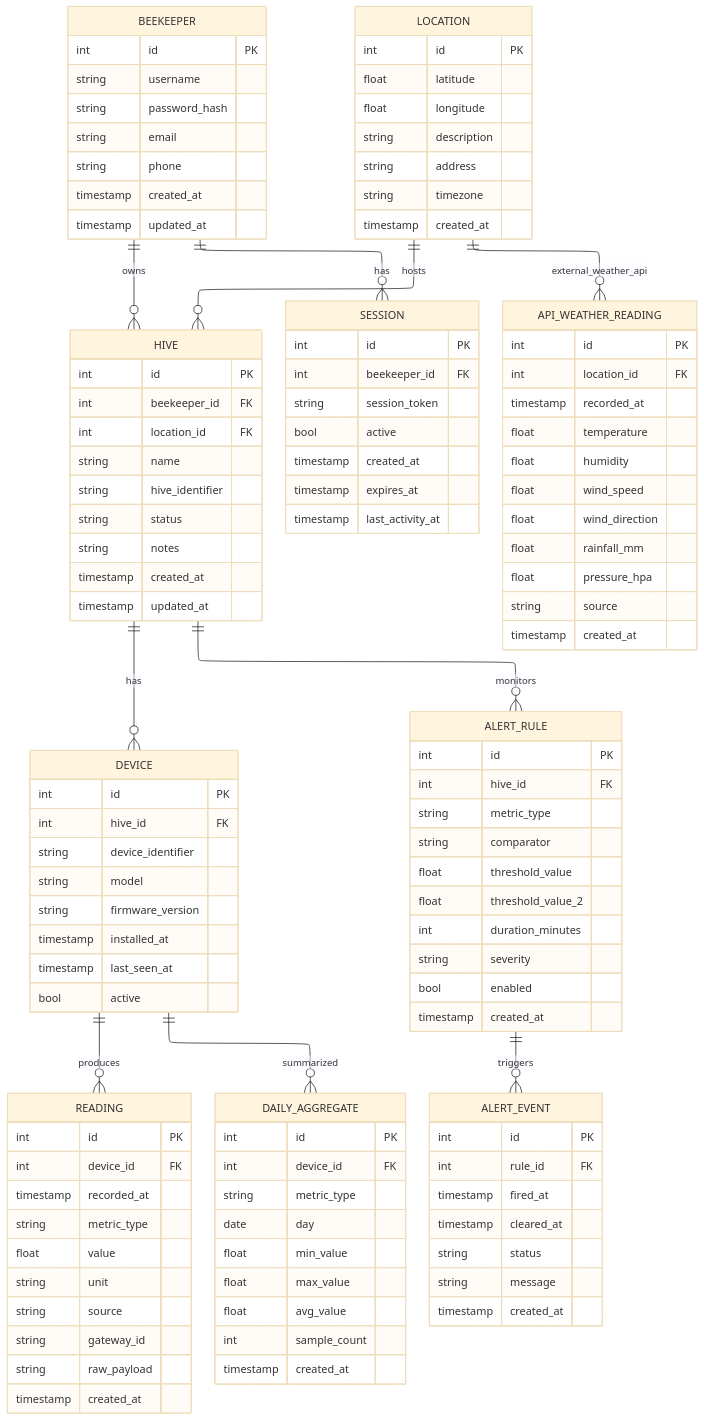
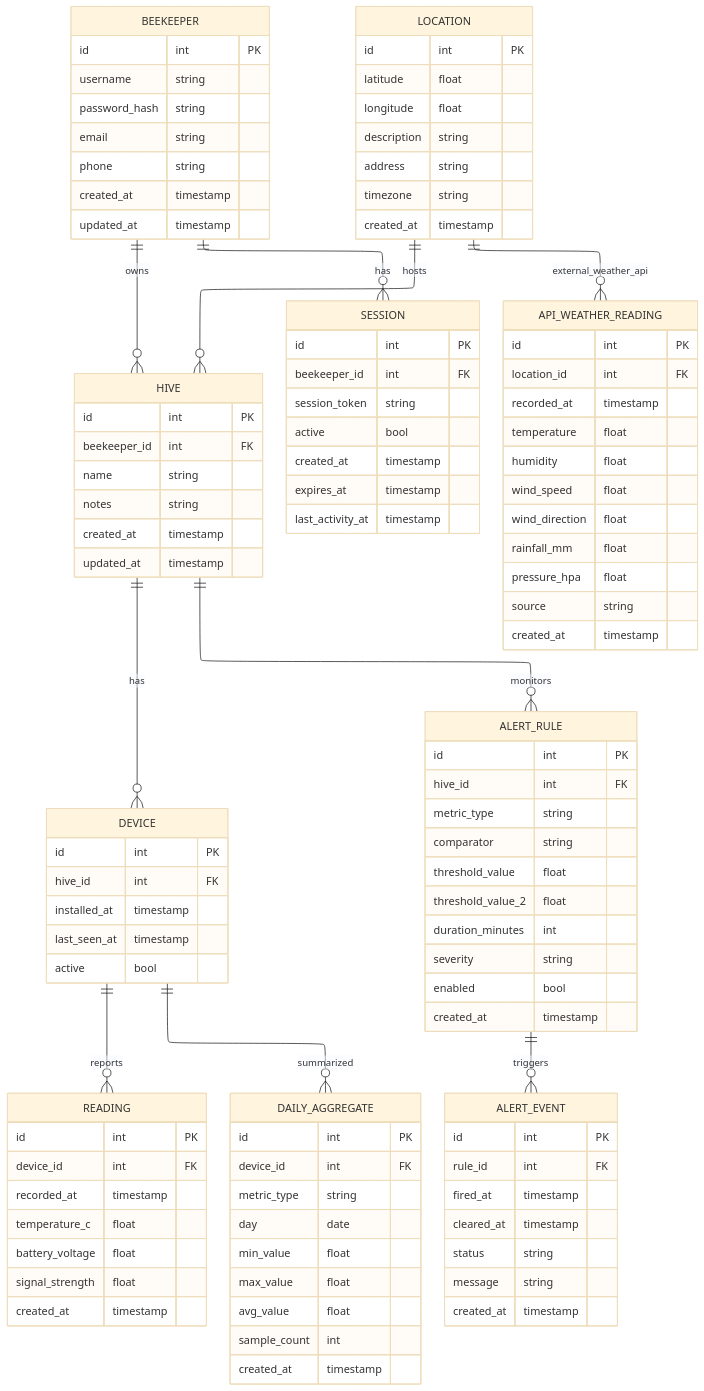
The diagram in backend/docs/asheville_erd_2.mmd (austinjclifton/Asheville), drawn with Mermaid (base theme) before and after one commit. The commit also changed 3 other files, not shown here.

Commit message:
finalized MVP schema, deleted vite.svg

```diff
--- a/backend/docs/asheville_erd_2.mmd
+++ b/backend/docs/asheville_erd_2.mmd
@@ -1,135 +1,122 @@
 ---
 config:
   layout: elk
 ---
 erDiagram
     direction TB
 
     BEEKEEPER {
-        int id PK
-        string username
-        string password_hash
-        string email
-        string phone
-        timestamp created_at
-        timestamp updated_at
+        id int PK
+        username string
+        password_hash string
+        email string
+        phone string
+        created_at timestamp
+        updated_at timestamp
     }
 
     HIVE {
-        int id PK
-        int beekeeper_id FK
-        int location_id FK
-        string name
-        string hive_identifier
-        string status
-        string notes
-        timestamp created_at
-        timestamp updated_at
+        id int PK
+        beekeeper_id int FK
+        name string
+        notes string
+        created_at timestamp
+        updated_at timestamp
     }
 
     SESSION {
-        int id PK
-        int beekeeper_id FK
-        string session_token
-        bool active
-        timestamp created_at
-        timestamp expires_at
-        timestamp last_activity_at
+        id int PK
+        beekeeper_id int FK
+        session_token string
+        active bool
+        created_at timestamp
+        expires_at timestamp
+        last_activity_at timestamp
     }
 
     DEVICE {
-        int id PK
-        int hive_id FK
-        string device_identifier
-        string model
-        string firmware_version
-        timestamp installed_at
-        timestamp last_seen_at
-        bool active
+        id int PK
+        hive_id int FK
+        installed_at timestamp
+        last_seen_at timestamp
+        active bool
     }
 
     READING {
-        int id PK
-        int device_id FK
-        timestamp recorded_at
-        string metric_type
-        float value
-        string unit
-        string source
-        string gateway_id
-        string raw_payload
-        timestamp created_at
+        id int PK
+        device_id int FK
+        recorded_at timestamp
+        temperature_c float
+        battery_voltage float
+        signal_strength float
+        created_at timestamp
     }
 
-
-
     LOCATION {
-        int id PK
-        float latitude
-        float longitude
-        string description
-        string address
-        string timezone
-        timestamp created_at
+        id int PK
+        latitude float
+        longitude float
+        description string
+        address string
+        timezone string
+        created_at timestamp
     }
 
     API_WEATHER_READING {
-        int id PK
-        int location_id FK
-        timestamp recorded_at
-        float temperature
-        float humidity
-        float wind_speed
-        float wind_direction
-        float rainfall_mm
-        float pressure_hpa
-        string source
-        timestamp created_at
+        id int PK
+        location_id int FK
+        recorded_at timestamp
+        temperature float
+        humidity float
+        wind_speed float
+        wind_direction float
+        rainfall_mm float
+        pressure_hpa float
+        source string
+        created_at timestamp
     }
 
     DAILY_AGGREGATE {
-        int id PK
-        int device_id FK
-        string metric_type
-        date day
-        float min_value
-        float max_value
-        float avg_value
-        int sample_count
-        timestamp created_at
+        id int PK
+        device_id int FK
+        metric_type string
+        day date
+        min_value float
+        max_value float
+        avg_value float
+        sample_count int
+        created_at timestamp
     }
 
     ALERT_RULE {
-        int id PK
-        int hive_id FK
-        string metric_type
-        string comparator
-        float threshold_value
-        float threshold_value_2
-        int duration_minutes
-        string severity
-        bool enabled
-        timestamp created_at
+        id int PK
+        hive_id int FK
+        metric_type string
+        comparator string
+        threshold_value float
+        threshold_value_2 float
+        duration_minutes int
+        severity string
+        enabled bool
+        created_at timestamp
     }
 
     ALERT_EVENT {
-        int id PK
-        int rule_id FK
-        timestamp fired_at
-        timestamp cleared_at
-        string status
-        string message
-        timestamp created_at
+        id int PK
+        rule_id int FK
+        fired_at timestamp
+        cleared_at timestamp
+        status string
+        message string
+        created_at timestamp
     }
-
-
 
     BEEKEEPER ||--o{ HIVE : owns
     BEEKEEPER ||--o{ SESSION : has
     LOCATION ||--o{ HIVE : hosts
     LOCATION ||--o{ API_WEATHER_READING : external_weather_api
     HIVE ||--o{ DEVICE : has
-    DEVICE ||--o{ READING : produces
+    DEVICE ||--o{ READING : reports
     DEVICE ||--o{ DAILY_AGGREGATE : summarized
     HIVE ||--o{ ALERT_RULE : monitors
     ALERT_RULE ||--o{ ALERT_EVENT : triggers
```
